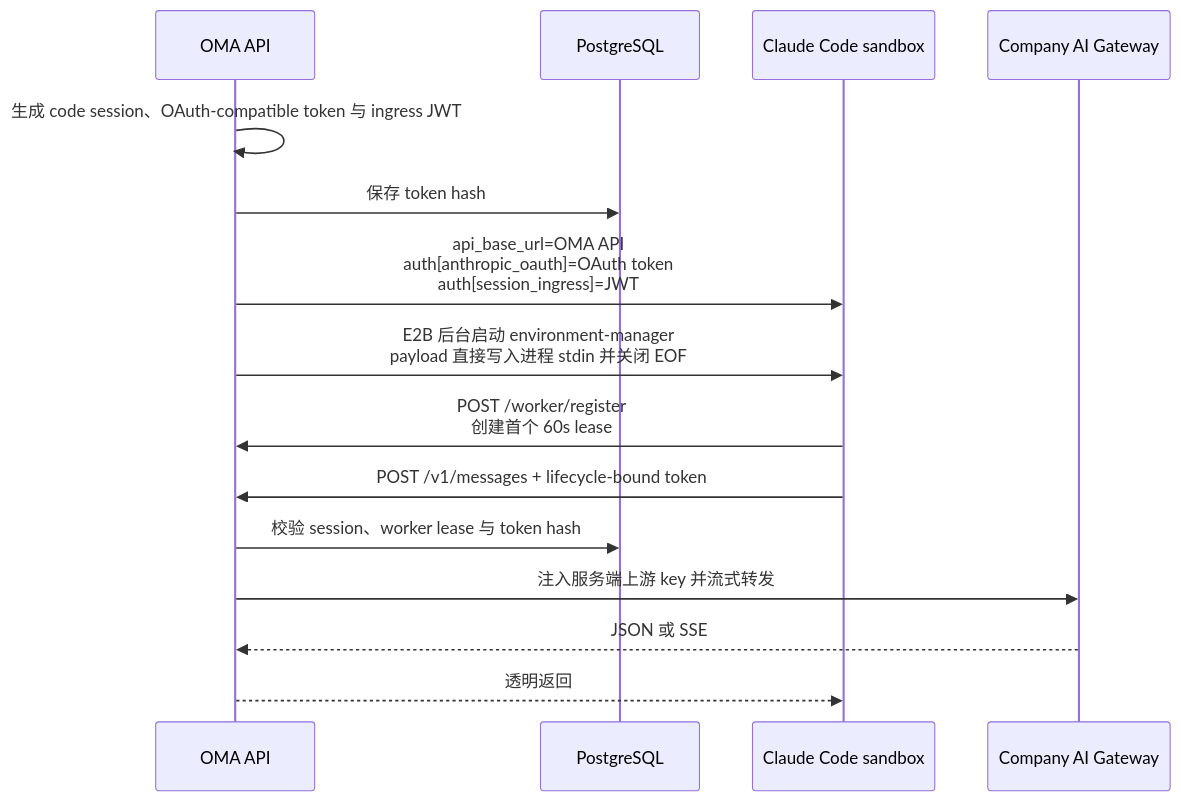
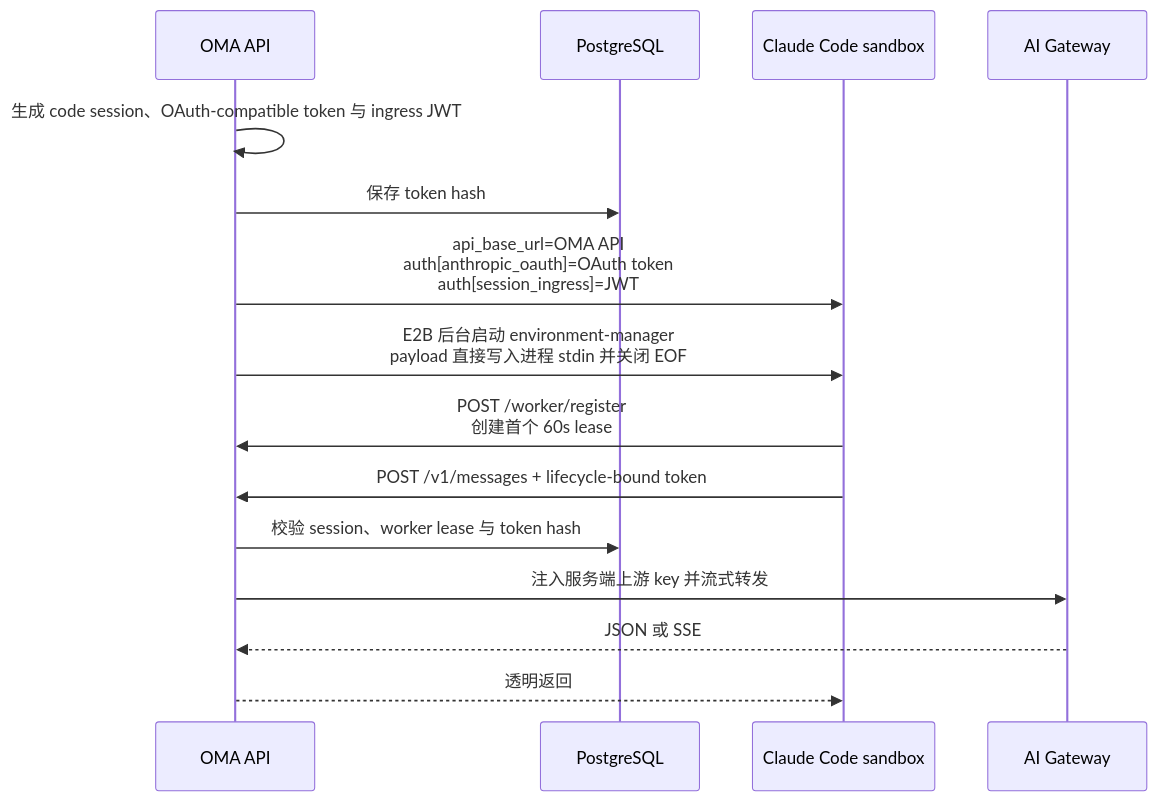
One commit to Postroggy/open-managed-agents changed the diagram in docs/design/be/messages-proxy.md. Above: the diagram before and after it, drawn with Mermaid. The commit also changed other lines of this file and 6 other files, not shown here.

````diff
--- a/docs/design/be/messages-proxy.md
+++ b/docs/design/be/messages-proxy.md
@@ -64,18 +64,18 @@
 ```mermaid
 sequenceDiagram
     participant API as OMA API
     participant DB as PostgreSQL
     participant Sandbox as Claude Code sandbox
-    participant Upstream as Company AI Gateway
+    participant Upstream as AI Gateway
 
     API->>API: 生成 code session、OAuth-compatible token 与 ingress JWT
     API->>DB: 保存 token hash
     API->>Sandbox: api_base_url=OMA API<br/>auth[anthropic_oauth]=OAuth token<br/>auth[session_ingress]=JWT
     API->>Sandbox: E2B 后台启动 environment-manager<br/>payload 直接写入进程 stdin 并关闭 EOF
     Sandbox->>API: POST /worker/register<br/>创建首个 60s lease
     Sandbox->>API: POST /v1/messages + lifecycle-bound token
     API->>DB: 校验 session、worker lease 与 token hash
     API->>Upstream: 注入服务端上游 key 并流式转发
     Upstream-->>API: JSON 或 SSE
     API-->>Sandbox: 透明返回
 ```
````
